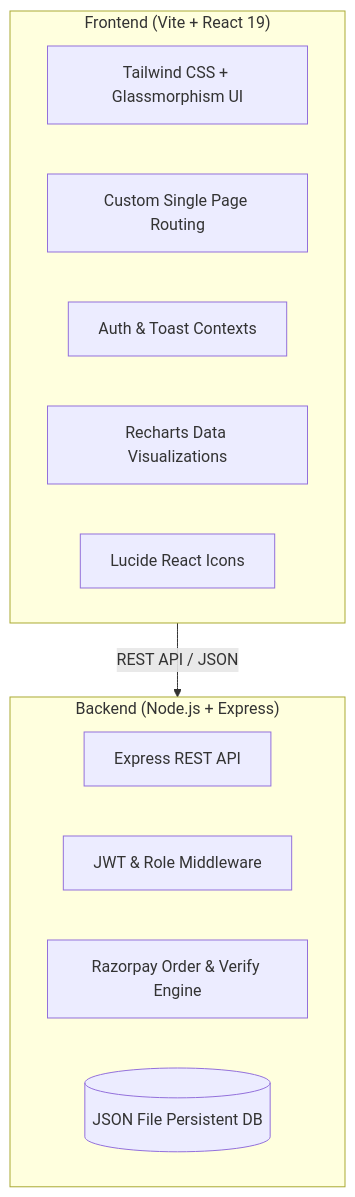
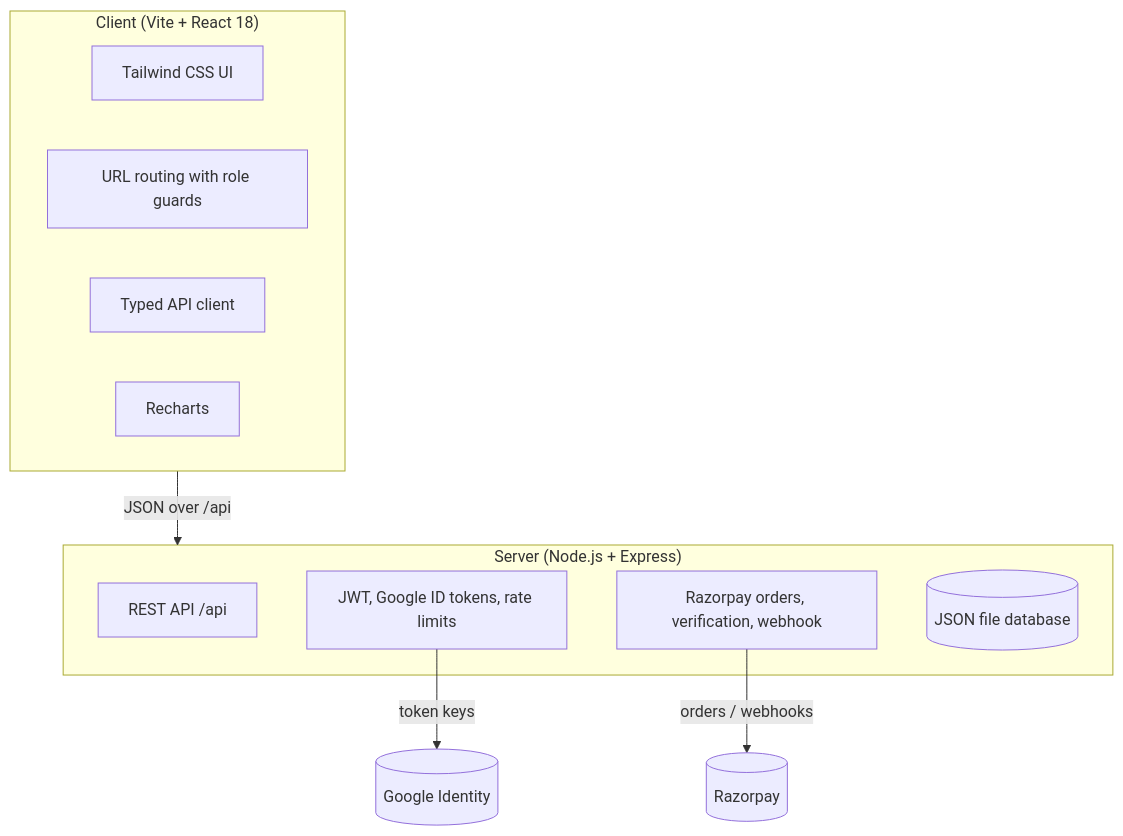
The diagram in README.md (budhpreaygautam/PulseFit), drawn with Mermaid before and after one commit. The commit also changed other lines of this file and 3 other files, not shown here.

First line of the commit message:
v2.1.0: README, changelog, and end-to-end flow tests

````diff
--- a/README.md
+++ b/README.md
@@ -153,19 +162,20 @@
 ```mermaid
 graph TD
-    subgraph Frontend ["Frontend (Vite + React 19)"]
-        UI[Tailwind CSS + Glassmorphism UI]
-        Router[Custom Single Page Routing]
-        State[Auth & Toast Contexts]
-        Charts[Recharts Data Visualizations]
-        Icons[Lucide React Icons]
+    subgraph Client ["Client (Vite + React 18)"]
+        UI[Tailwind CSS UI]
+        Router[URL routing with role guards]
+        API[Typed API client]
+        Charts[Recharts]
     end
 
-    subgraph Backend ["Backend (Node.js + Express)"]
-        API[Express REST API]
-        Auth[JWT & Role Middleware]
-        Payment[Razorpay Order & Verify Engine]
-        DB[(JSON File Persistent DB)]
+    subgraph Server ["Server (Node.js + Express)"]
+        REST[REST API /api]
+        Auth[JWT, Google ID tokens, rate limits]
+        Pay[Razorpay orders, verification, webhook]
+        DB[(JSON file database)]
     end
 
-    Frontend -->|REST API / JSON| Backend
+    Client -->|JSON over /api| Server
+    Pay -->|orders / webhooks| Razorpay[(Razorpay)]
+    Auth -->|token keys| Google[(Google Identity)]
 ```
````
